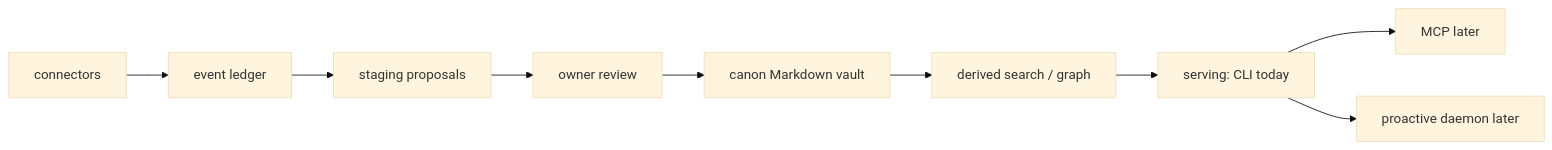
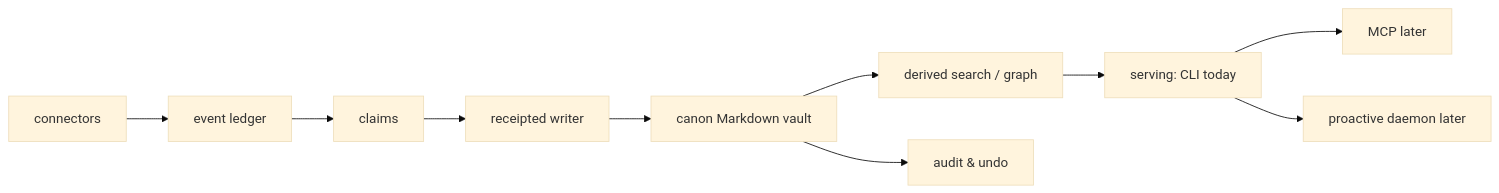
The diagram in README.md (Illuminfti/kizuki), drawn with Mermaid (base theme) before and after one commit. The commit also changed other lines of this file and 27 other files, not shown here.

````diff
--- a/README.md
+++ b/README.md
@@ -29,11 +33,12 @@
 ```mermaid
 flowchart LR
   connectors --> ledger["event ledger"]
-  ledger --> staging["staging proposals"]
-  staging --> review["owner review"]
-  review --> canon["canon Markdown vault"]
+  ledger --> claims["claims"]
+  claims --> writer["receipted writer"]
+  writer --> canon["canon Markdown vault"]
   canon --> derived["derived search / graph"]
+  canon --> audit["audit & undo"]
   derived --> serving["serving: CLI today"]
   serving --> mcp["MCP later"]
   serving --> daemon["proactive daemon later"]
 ```
````
